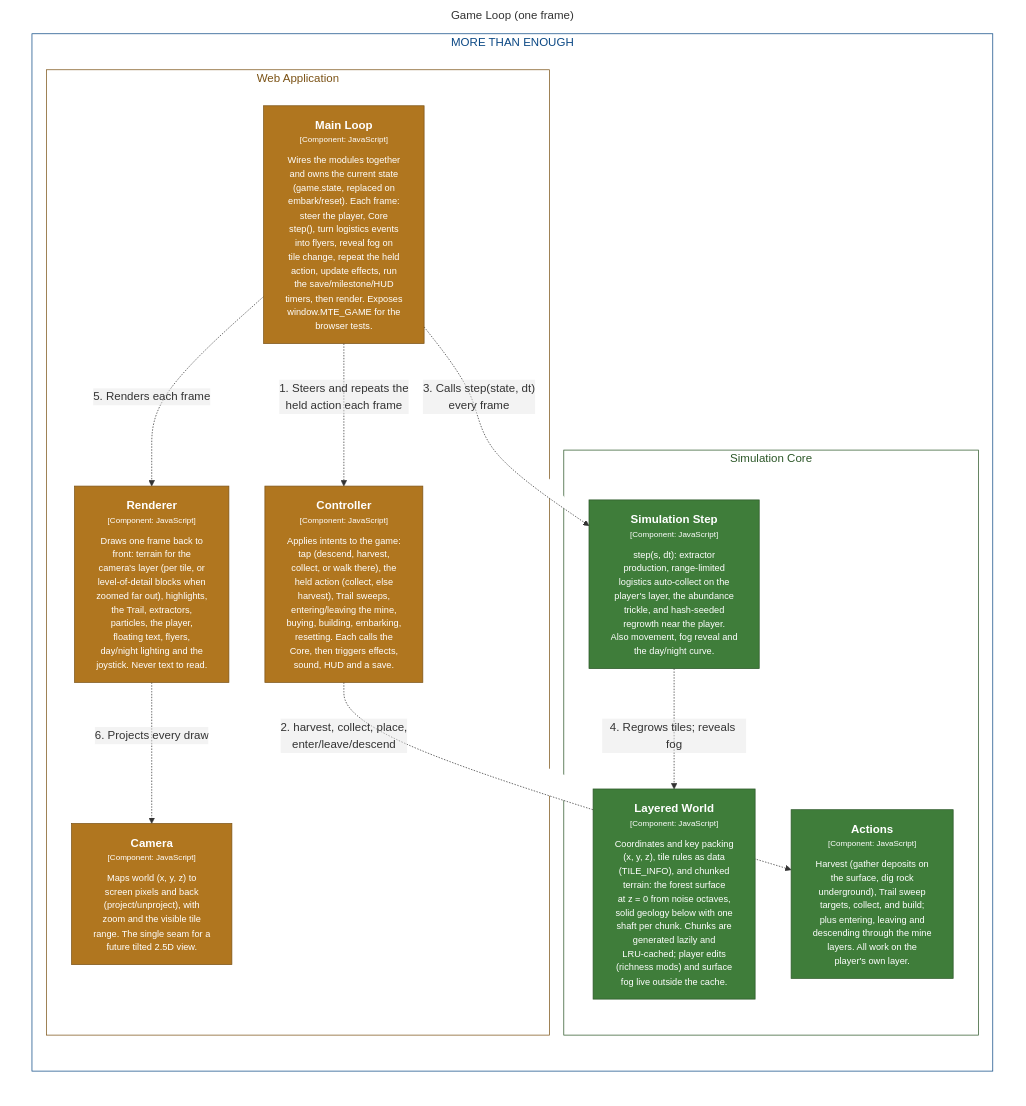
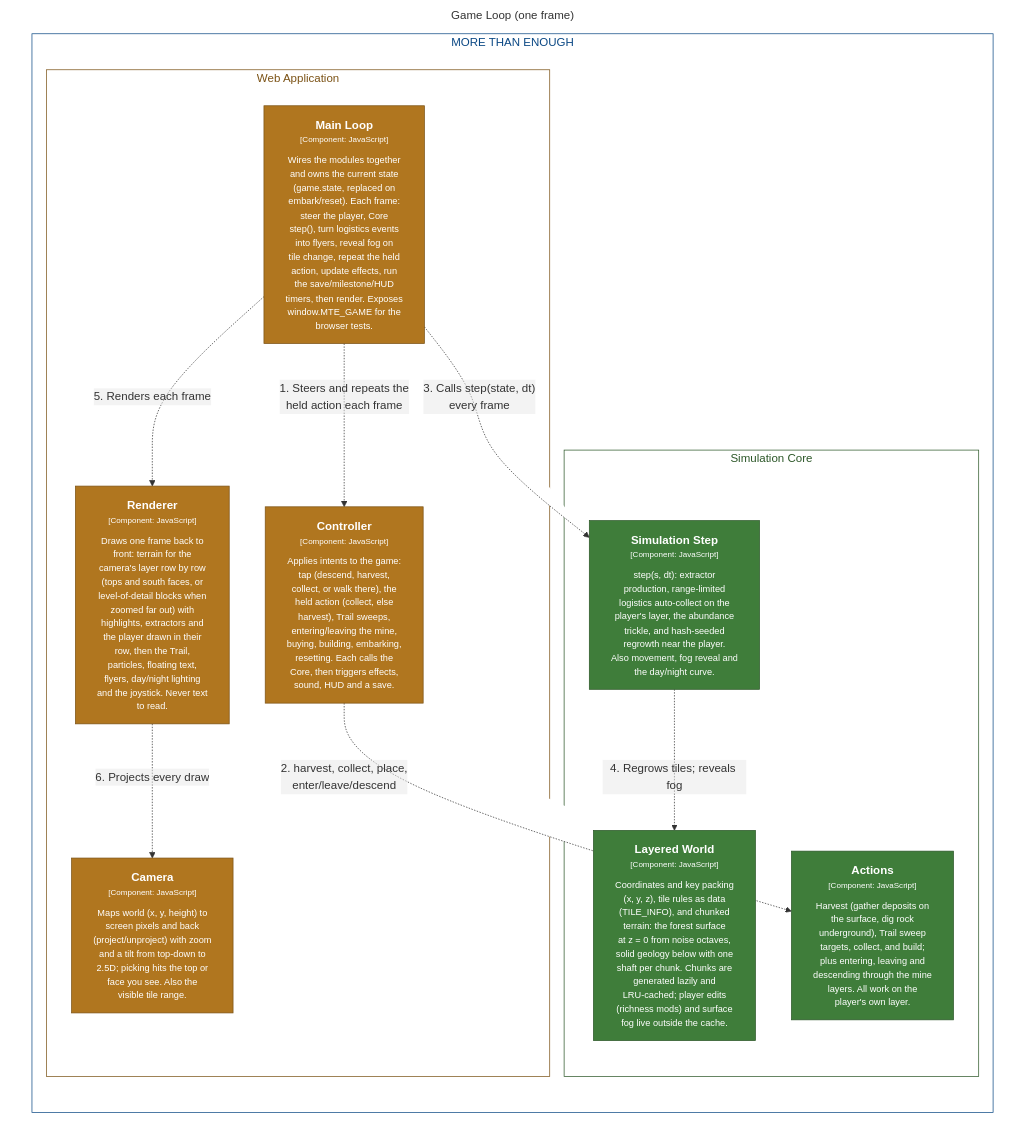
One commit to bitkojine/more-than-enough changed the diagram in structurizr/diagrams/GameLoop.mmd. Above: the diagram before and after it, drawn with Mermaid. The commit also changed 26 other files, not shown here.

First line of the commit message:
v0.21.0: tilted 2.5D view, performance panel, fail loud

```diff
--- a/structurizr/diagrams/GameLoop.mmd
+++ b/structurizr/diagrams/GameLoop.mmd
@@ -1,44 +1,44 @@
 %% Generated from structurizr/workspace.dsl — do not edit; run: node structurizr/scripts/structurizr.mjs mermaid
 graph LR
   linkStyle default fill:#ffffff
 
   subgraph diagram ["Game Loop (one frame)"]
     style diagram fill:#ffffff,stroke:#ffffff
 
     subgraph 3 ["MORE THAN ENOUGH"]
       style 3 fill:#ffffff,stroke:#0b4884,color:#0b4884
 
       subgraph 15 ["Simulation Core"]
         style 15 fill:#ffffff,stroke:#2c5728,color:#2c5728
 
         16["<div style='font-weight: bold'>Layered World</div><div style='font-size: 70%; margin-top: 0px'>[Component: JavaScript]</div><div style='font-size: 80%; margin-top:10px'>Coordinates and key packing<br />(x, y, z), tile rules as data<br />(TILE_INFO), and chunked<br />terrain: the forest surface<br />at z = 0 from noise octaves,<br />solid geology below with one<br />shaft per chunk. Chunks are<br />generated lazily and<br />LRU-cached; player edits<br />(richness mods) and surface<br />fog live outside the cache.</div>"]
         style 16 fill:#3f7d3a,stroke:#2c5728,color:#ffffff
         18["<div style='font-weight: bold'>Simulation Step</div><div style='font-size: 70%; margin-top: 0px'>[Component: JavaScript]</div><div style='font-size: 80%; margin-top:10px'>step(s, dt): extractor<br />production, range-limited<br />logistics auto-collect on the<br />player's layer, the abundance<br />trickle, and hash-seeded<br />regrowth near the player.<br />Also movement, fog reveal and<br />the day/night curve.</div>"]
         style 18 fill:#3f7d3a,stroke:#2c5728,color:#ffffff
         19["<div style='font-weight: bold'>Actions</div><div style='font-size: 70%; margin-top: 0px'>[Component: JavaScript]</div><div style='font-size: 80%; margin-top:10px'>Harvest (gather deposits on<br />the surface, dig rock<br />underground), Trail sweep<br />targets, collect, and build;<br />plus entering, leaving and<br />descending through the mine<br />layers. All work on the<br />player's own layer.</div>"]
         style 19 fill:#3f7d3a,stroke:#2c5728,color:#ffffff
       end
 
       subgraph 4 ["Web Application"]
         style 4 fill:#ffffff,stroke:#7b5215,color:#7b5215
 
         5["<div style='font-weight: bold'>Main Loop</div><div style='font-size: 70%; margin-top: 0px'>[Component: JavaScript]</div><div style='font-size: 80%; margin-top:10px'>Wires the modules together<br />and owns the current state<br />(game.state, replaced on<br />embark/reset). Each frame:<br />steer the player, Core<br />step(), turn logistics events<br />into flyers, reveal fog on<br />tile change, repeat the held<br />action, update effects, run<br />the save/milestone/HUD<br />timers, then render. Exposes<br />window.MTE_GAME for the<br />browser tests.</div>"]
         style 5 fill:#b0761f,stroke:#7b5215,color:#ffffff
         7["<div style='font-weight: bold'>Controller</div><div style='font-size: 70%; margin-top: 0px'>[Component: JavaScript]</div><div style='font-size: 80%; margin-top:10px'>Applies intents to the game:<br />tap (descend, harvest,<br />collect, or walk there), the<br />held action (collect, else<br />harvest), Trail sweeps,<br />entering/leaving the mine,<br />buying, building, embarking,<br />resetting. Each calls the<br />Core, then triggers effects,<br />sound, HUD and a save.</div>"]
         style 7 fill:#b0761f,stroke:#7b5215,color:#ffffff
-        8["<div style='font-weight: bold'>Camera</div><div style='font-size: 70%; margin-top: 0px'>[Component: JavaScript]</div><div style='font-size: 80%; margin-top:10px'>Maps world (x, y, z) to<br />screen pixels and back<br />(project/unproject), with<br />zoom and the visible tile<br />range. The single seam for a<br />future tilted 2.5D view.</div>"]
+        8["<div style='font-weight: bold'>Camera</div><div style='font-size: 70%; margin-top: 0px'>[Component: JavaScript]</div><div style='font-size: 80%; margin-top:10px'>Maps world (x, y, height) to<br />screen pixels and back<br />(project/unproject) with zoom<br />and a tilt from top-down to<br />2.5D; picking hits the top or<br />face you see. Also the<br />visible tile range.</div>"]
         style 8 fill:#b0761f,stroke:#7b5215,color:#ffffff
-        9["<div style='font-weight: bold'>Renderer</div><div style='font-size: 70%; margin-top: 0px'>[Component: JavaScript]</div><div style='font-size: 80%; margin-top:10px'>Draws one frame back to<br />front: terrain for the<br />camera's layer (per tile, or<br />level-of-detail blocks when<br />zoomed far out), highlights,<br />the Trail, extractors,<br />particles, the player,<br />floating text, flyers,<br />day/night lighting and the<br />joystick. Never text to read.</div>"]
+        9["<div style='font-weight: bold'>Renderer</div><div style='font-size: 70%; margin-top: 0px'>[Component: JavaScript]</div><div style='font-size: 80%; margin-top:10px'>Draws one frame back to<br />front: terrain for the<br />camera's layer row by row<br />(tops and south faces, or<br />level-of-detail blocks when<br />zoomed far out) with<br />highlights, extractors and<br />the player drawn in their<br />row, then the Trail,<br />particles, floating text,<br />flyers, day/night lighting<br />and the joystick. Never text<br />to read.</div>"]
         style 9 fill:#b0761f,stroke:#7b5215,color:#ffffff
       end
 
     end
 
     5-. "<div>1. Steers and repeats the<br />held action each frame</div><div style='font-size: 70%'></div>" .->7
     7-. "<div>2. harvest, collect, place,<br />enter/leave/descend</div><div style='font-size: 70%'></div>" .->19
     5-. "<div>3. Calls step(state, dt)<br />every frame</div><div style='font-size: 70%'></div>" .->18
     18-. "<div>4. Regrows tiles; reveals fog</div><div style='font-size: 70%'></div>" .->16
     5-. "<div>5. Renders each frame</div><div style='font-size: 70%'></div>" .->9
     9-. "<div>6. Projects every draw</div><div style='font-size: 70%'></div>" .->8
 
   end
```
